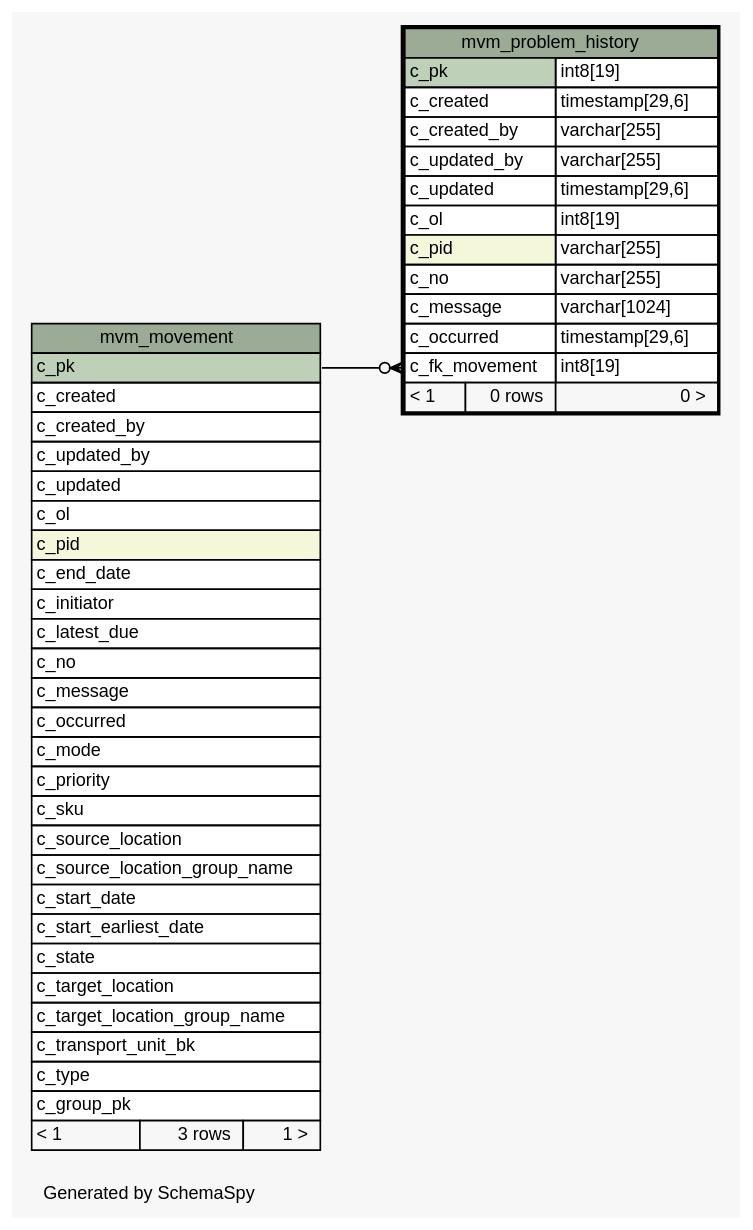
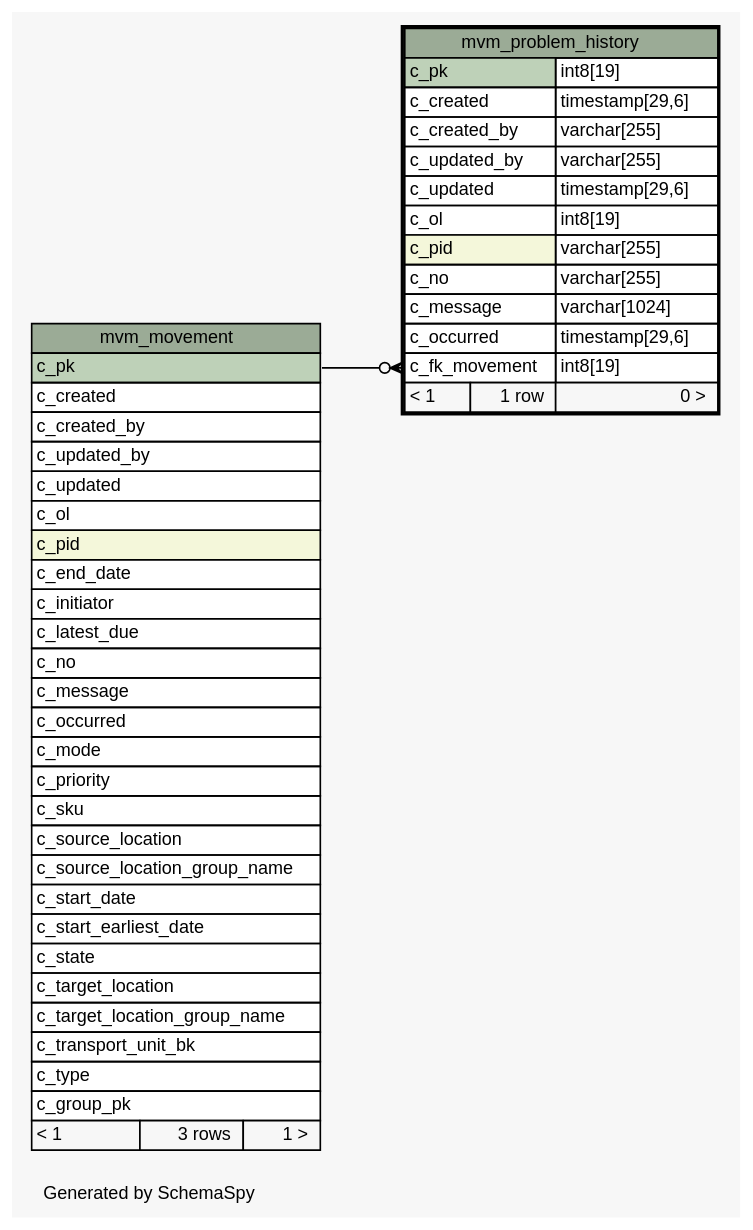
The diagram in 1.0.0-SNAPSHOT/schemaspy/diagrams/mvm_problem_history.1degree.dot (openwms/org.openwms.wms.movements.lib), drawn with Graphviz before and after one commit. The commit also changed 268 other files, not shown here.

```diff
--- a/1.0.0-SNAPSHOT/schemaspy/diagrams/mvm_problem_history.1degree.dot
+++ b/1.0.0-SNAPSHOT/schemaspy/diagrams/mvm_problem_history.1degree.dot
@@ -1,78 +1,78 @@
-// dot 2.43.0 on Linux 6.2.0-1019-azure
+// dot 2.43.0 on Linux 6.5.0-1015-azure
 // SchemaSpy rev Unknown
 digraph "oneDegreeRelationshipsDiagram" {
   graph [
     rankdir="RL"
     bgcolor="#f7f7f7"
     label="\nGenerated by SchemaSpy"
     labeljust="l"
     nodesep="0.18"
     ranksep="0.46"
     fontname="Helvetica"
     fontsize="11"
   ];
   node [
     fontname="Helvetica"
     fontsize="11"
     shape="plaintext"
   ];
   edge [
     arrowsize="0.8"
   ];
   "mvm_problem_history":"c_fk_movement":w -> "mvm_movement":"c_pk":e [arrowhead=none dir=back arrowtail=crowodot];
   "mvm_movement" [
     label=<
     <TABLE BORDER="0" CELLBORDER="1" CELLSPACING="0" BGCOLOR="#ffffff">
       <TR><TD COLSPAN="3" BGCOLOR="#9bab96" ALIGN="CENTER">mvm_movement</TD></TR>
       <TR><TD PORT="c_pk" COLSPAN="3" BGCOLOR="#bed1b8" ALIGN="LEFT">c_pk</TD></TR>
       <TR><TD PORT="c_created" COLSPAN="3" ALIGN="LEFT">c_created</TD></TR>
       <TR><TD PORT="c_created_by" COLSPAN="3" ALIGN="LEFT">c_created_by</TD></TR>
       <TR><TD PORT="c_updated_by" COLSPAN="3" ALIGN="LEFT">c_updated_by</TD></TR>
       <TR><TD PORT="c_updated" COLSPAN="3" ALIGN="LEFT">c_updated</TD></TR>
       <TR><TD PORT="c_ol" COLSPAN="3" ALIGN="LEFT">c_ol</TD></TR>
       <TR><TD PORT="c_pid" COLSPAN="3" BGCOLOR="#f4f7da" ALIGN="LEFT">c_pid</TD></TR>
       <TR><TD PORT="c_end_date" COLSPAN="3" ALIGN="LEFT">c_end_date</TD></TR>
       <TR><TD PORT="c_initiator" COLSPAN="3" ALIGN="LEFT">c_initiator</TD></TR>
       <TR><TD PORT="c_latest_due" COLSPAN="3" ALIGN="LEFT">c_latest_due</TD></TR>
       <TR><TD PORT="c_no" COLSPAN="3" ALIGN="LEFT">c_no</TD></TR>
       <TR><TD PORT="c_message" COLSPAN="3" ALIGN="LEFT">c_message</TD></TR>
       <TR><TD PORT="c_occurred" COLSPAN="3" ALIGN="LEFT">c_occurred</TD></TR>
       <TR><TD PORT="c_mode" COLSPAN="3" ALIGN="LEFT">c_mode</TD></TR>
       <TR><TD PORT="c_priority" COLSPAN="3" ALIGN="LEFT">c_priority</TD></TR>
       <TR><TD PORT="c_sku" COLSPAN="3" ALIGN="LEFT">c_sku</TD></TR>
       <TR><TD PORT="c_source_location" COLSPAN="3" ALIGN="LEFT">c_source_location</TD></TR>
       <TR><TD PORT="c_source_location_group_name" COLSPAN="3" ALIGN="LEFT">c_source_location_group_name</TD></TR>
       <TR><TD PORT="c_start_date" COLSPAN="3" ALIGN="LEFT">c_start_date</TD></TR>
       <TR><TD PORT="c_start_earliest_date" COLSPAN="3" ALIGN="LEFT">c_start_earliest_date</TD></TR>
       <TR><TD PORT="c_state" COLSPAN="3" ALIGN="LEFT">c_state</TD></TR>
       <TR><TD PORT="c_target_location" COLSPAN="3" ALIGN="LEFT">c_target_location</TD></TR>
       <TR><TD PORT="c_target_location_group_name" COLSPAN="3" ALIGN="LEFT">c_target_location_group_name</TD></TR>
       <TR><TD PORT="c_transport_unit_bk" COLSPAN="3" ALIGN="LEFT">c_transport_unit_bk</TD></TR>
       <TR><TD PORT="c_type" COLSPAN="3" ALIGN="LEFT">c_type</TD></TR>
       <TR><TD PORT="c_group_pk" COLSPAN="3" ALIGN="LEFT">c_group_pk</TD></TR>
       <TR><TD ALIGN="LEFT" BGCOLOR="#f7f7f7">&lt; 1</TD><TD ALIGN="RIGHT" BGCOLOR="#f7f7f7">3 rows</TD><TD ALIGN="RIGHT" BGCOLOR="#f7f7f7">1 &gt;</TD></TR>
     </TABLE>>
     URL="mvm_movement.html"
     tooltip="mvm_movement"
   ];
   "mvm_problem_history" [
     label=<
     <TABLE BORDER="2" CELLBORDER="1" CELLSPACING="0" BGCOLOR="#ffffff">
       <TR><TD COLSPAN="3" BGCOLOR="#9bab96" ALIGN="CENTER">mvm_problem_history</TD></TR>
       <TR><TD PORT="c_pk" COLSPAN="2" BGCOLOR="#bed1b8" ALIGN="LEFT">c_pk</TD><TD PORT="c_pk.type" ALIGN="LEFT">int8[19]</TD></TR>
       <TR><TD PORT="c_created" COLSPAN="2" ALIGN="LEFT">c_created</TD><TD PORT="c_created.type" ALIGN="LEFT">timestamp[29,6]</TD></TR>
       <TR><TD PORT="c_created_by" COLSPAN="2" ALIGN="LEFT">c_created_by</TD><TD PORT="c_created_by.type" ALIGN="LEFT">varchar[255]</TD></TR>
       <TR><TD PORT="c_updated_by" COLSPAN="2" ALIGN="LEFT">c_updated_by</TD><TD PORT="c_updated_by.type" ALIGN="LEFT">varchar[255]</TD></TR>
       <TR><TD PORT="c_updated" COLSPAN="2" ALIGN="LEFT">c_updated</TD><TD PORT="c_updated.type" ALIGN="LEFT">timestamp[29,6]</TD></TR>
       <TR><TD PORT="c_ol" COLSPAN="2" ALIGN="LEFT">c_ol</TD><TD PORT="c_ol.type" ALIGN="LEFT">int8[19]</TD></TR>
       <TR><TD PORT="c_pid" COLSPAN="2" BGCOLOR="#f4f7da" ALIGN="LEFT">c_pid</TD><TD PORT="c_pid.type" ALIGN="LEFT">varchar[255]</TD></TR>
       <TR><TD PORT="c_no" COLSPAN="2" ALIGN="LEFT">c_no</TD><TD PORT="c_no.type" ALIGN="LEFT">varchar[255]</TD></TR>
       <TR><TD PORT="c_message" COLSPAN="2" ALIGN="LEFT">c_message</TD><TD PORT="c_message.type" ALIGN="LEFT">varchar[1024]</TD></TR>
       <TR><TD PORT="c_occurred" COLSPAN="2" ALIGN="LEFT">c_occurred</TD><TD PORT="c_occurred.type" ALIGN="LEFT">timestamp[29,6]</TD></TR>
       <TR><TD PORT="c_fk_movement" COLSPAN="2" ALIGN="LEFT">c_fk_movement</TD><TD PORT="c_fk_movement.type" ALIGN="LEFT">int8[19]</TD></TR>
-      <TR><TD ALIGN="LEFT" BGCOLOR="#f7f7f7">&lt; 1</TD><TD ALIGN="RIGHT" BGCOLOR="#f7f7f7">0 rows</TD><TD ALIGN="RIGHT" BGCOLOR="#f7f7f7">0 &gt;</TD></TR>
+      <TR><TD ALIGN="LEFT" BGCOLOR="#f7f7f7">&lt; 1</TD><TD ALIGN="RIGHT" BGCOLOR="#f7f7f7">1 row</TD><TD ALIGN="RIGHT" BGCOLOR="#f7f7f7">0 &gt;</TD></TR>
     </TABLE>>
     URL="mvm_problem_history.html"
     tooltip="mvm_problem_history"
   ];
 }
```
